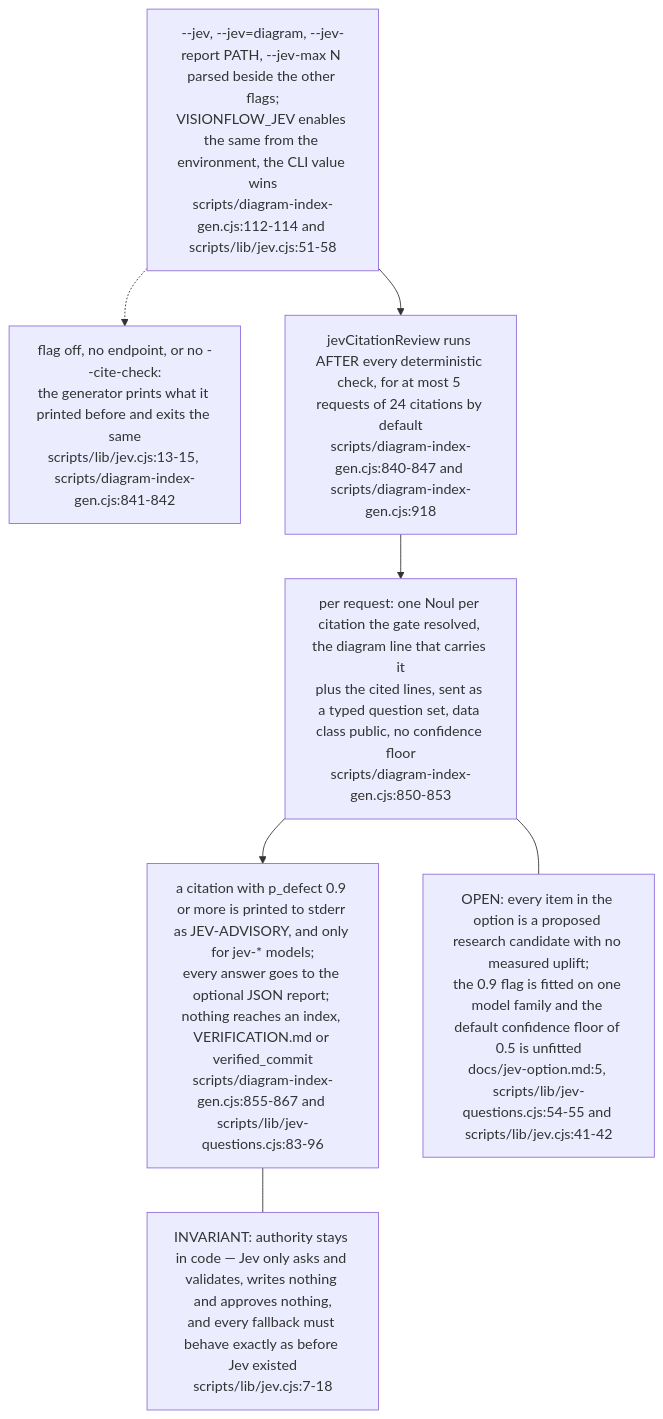
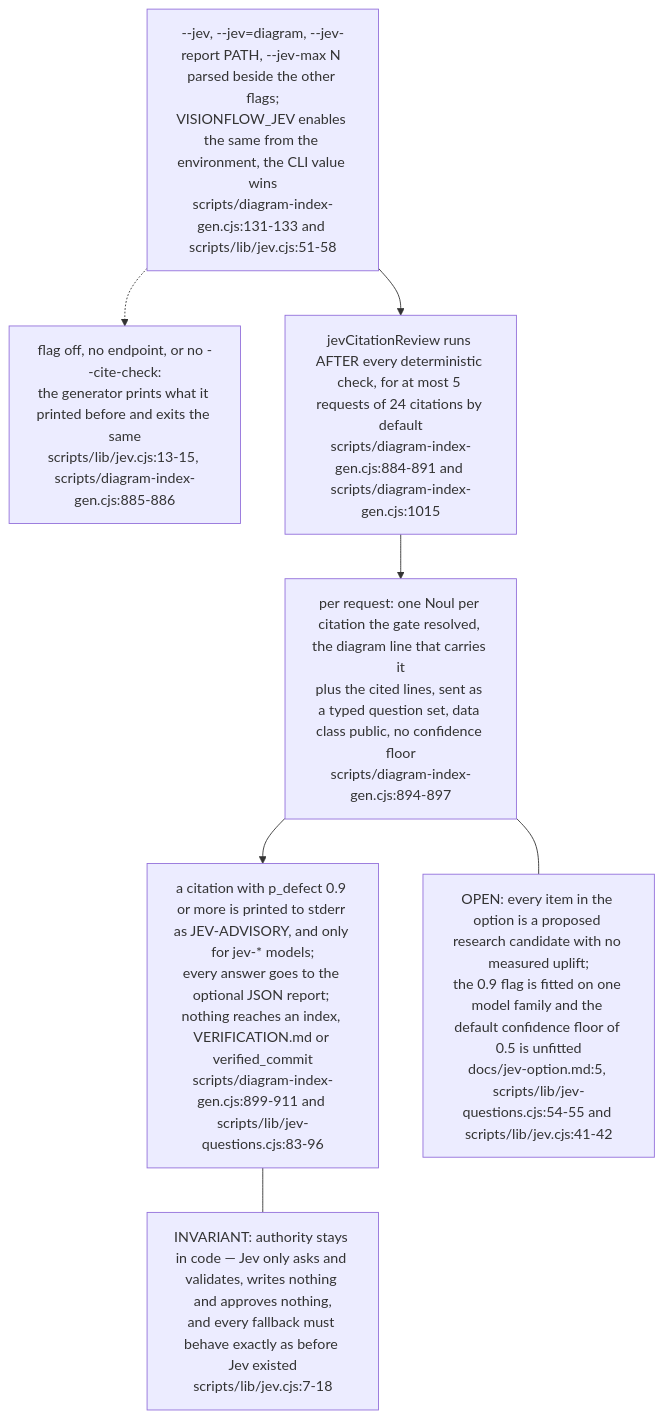
One commit to DreamLab-AI/VisionFlow changed diagram 15 of 16 in docs/diagrams/visionflow/06-diagram-tooling.md. Above: the diagram before and after it, drawn with Mermaid. The commit also changed other lines of this file and 2 other files, not shown here.

First line of the commit message:
docs(diagrams): visionflow pass B at VisionFlow dae9ac0 (PRs #43, #44, #45)

````diff
--- a/docs/diagrams/visionflow/06-diagram-tooling.md
+++ b/docs/diagrams/visionflow/06-diagram-tooling.md
@@ -496,14 +507,14 @@
 ```mermaid
 flowchart TB
-    FLAG["--jev, --jev=diagram, --jev-report PATH, --jev-max N parsed beside the other flags;<br/>VISIONFLOW_JEV enables the same from the environment, the CLI value wins<br/>scripts/diagram-index-gen.cjs:112-114 and scripts/lib/jev.cjs:51-58"]
-    OFF["flag off, no endpoint, or no --cite-check:<br/>the generator prints what it printed before and exits the same<br/>scripts/lib/jev.cjs:13-15, scripts/diagram-index-gen.cjs:841-842"]
-    RUN["jevCitationReview runs AFTER every deterministic check, for at most 5 requests of 24 citations by default<br/>scripts/diagram-index-gen.cjs:840-847 and scripts/diagram-index-gen.cjs:918"]
-    ASK["per request: one Noul per citation the gate resolved, the diagram line that carries it<br/>plus the cited lines, sent as a typed question set, data class public, no confidence floor<br/>scripts/diagram-index-gen.cjs:850-853"]
-    OUT["a citation with p_defect 0.9 or more is printed to stderr as JEV-ADVISORY, and only for jev-* models;<br/>every answer goes to the optional JSON report; nothing reaches an index, VERIFICATION.md or verified_commit<br/>scripts/diagram-index-gen.cjs:855-867 and scripts/lib/jev-questions.cjs:83-96"]
+    FLAG["--jev, --jev=diagram, --jev-report PATH, --jev-max N parsed beside the other flags;<br/>VISIONFLOW_JEV enables the same from the environment, the CLI value wins<br/>scripts/diagram-index-gen.cjs:131-133 and scripts/lib/jev.cjs:51-58"]
+    OFF["flag off, no endpoint, or no --cite-check:<br/>the generator prints what it printed before and exits the same<br/>scripts/lib/jev.cjs:13-15, scripts/diagram-index-gen.cjs:885-886"]
+    RUN["jevCitationReview runs AFTER every deterministic check, for at most 5 requests of 24 citations by default<br/>scripts/diagram-index-gen.cjs:884-891 and scripts/diagram-index-gen.cjs:1015"]
+    ASK["per request: one Noul per citation the gate resolved, the diagram line that carries it<br/>plus the cited lines, sent as a typed question set, data class public, no confidence floor<br/>scripts/diagram-index-gen.cjs:894-897"]
+    OUT["a citation with p_defect 0.9 or more is printed to stderr as JEV-ADVISORY, and only for jev-* models;<br/>every answer goes to the optional JSON report; nothing reaches an index, VERIFICATION.md or verified_commit<br/>scripts/diagram-index-gen.cjs:899-911 and scripts/lib/jev-questions.cjs:83-96"]
     FLAG --> RUN --> ASK --> OUT
     FLAG -.-> OFF
     N1["INVARIANT: authority stays in code — Jev only asks and validates, writes nothing and approves nothing,<br/>and every fallback must behave exactly as before Jev existed<br/>scripts/lib/jev.cjs:7-18"]
     N2["OPEN: every item in the option is a proposed research candidate with no measured uplift;<br/>the 0.9 flag is fitted on one model family and the default confidence floor of 0.5 is unfitted<br/>docs/jev-option.md:5, scripts/lib/jev-questions.cjs:54-55 and scripts/lib/jev.cjs:41-42"]
     OUT --- N1
     ASK --- N2
 ```
````
